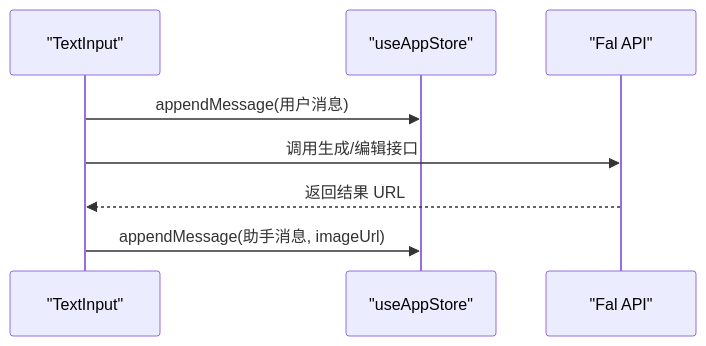
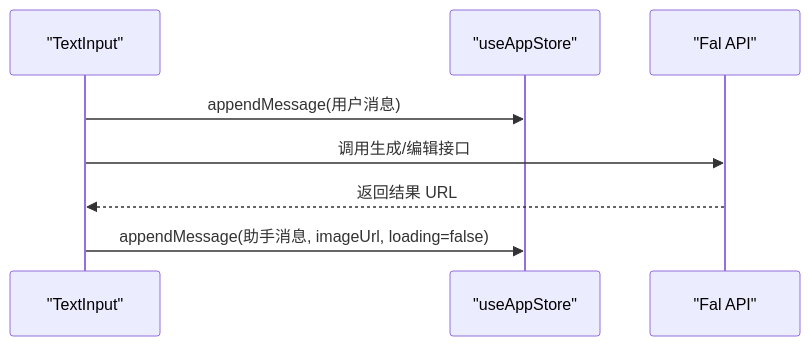
One commit to billye220670/BananaFlow2 changed the fourth of 8 diagrams in .qoder/repowiki/zh/content/数据模型.md. Above: the diagram before and after it, drawn with Mermaid. The commit also changed other lines of this file and 10 other files, not shown here.

````diff
--- a/.qoder/repowiki/zh/content/数据模型.md
+++ b/.qoder/repowiki/zh/content/数据模型.md
@@ -270,10 +333,10 @@
 ```mermaid
 sequenceDiagram
 participant UI as "TextInput"
 participant Store as "useAppStore"
 participant FAL as "Fal API"
 UI->>Store : appendMessage(用户消息)
 UI->>FAL : 调用生成/编辑接口
 FAL-->>UI : 返回结果 URL
-UI->>Store : appendMessage(助手消息, imageUrl)
+UI->>Store : appendMessage(助手消息, imageUrl, loading=false)
 ```
````
